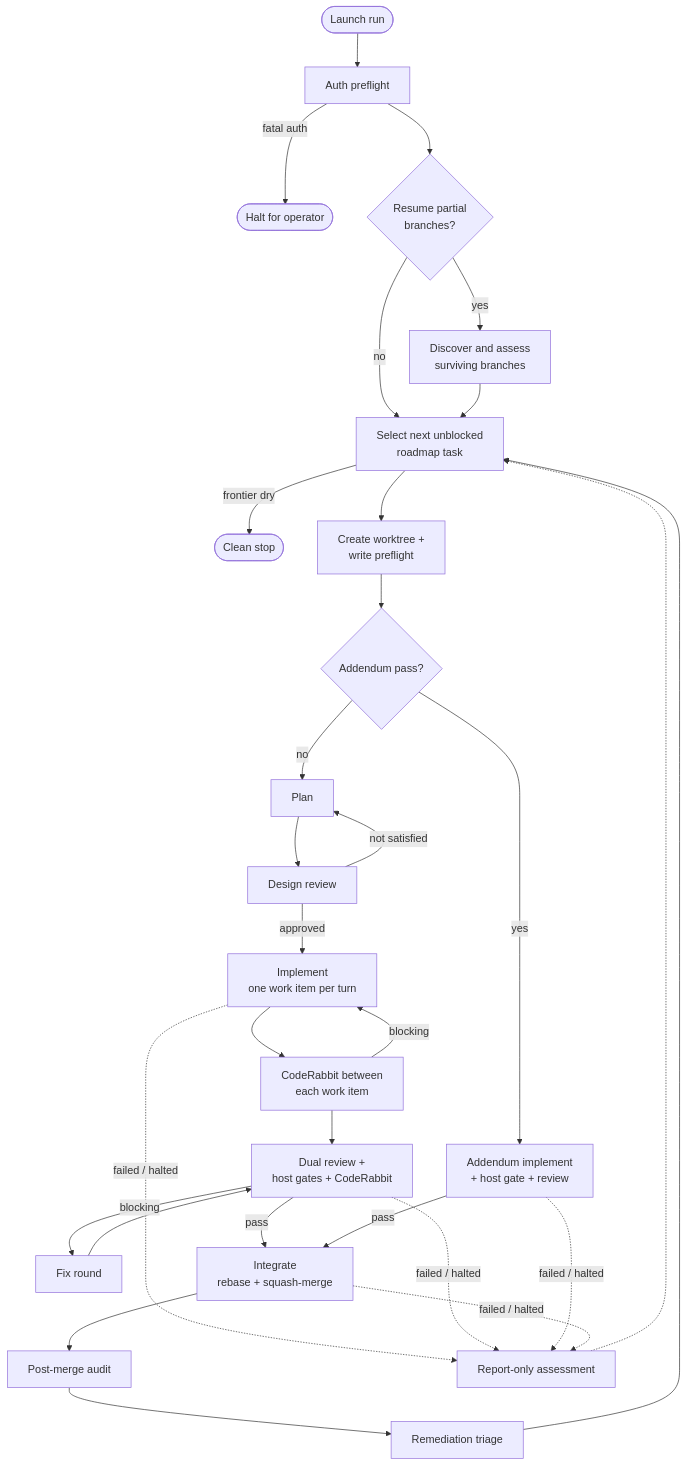
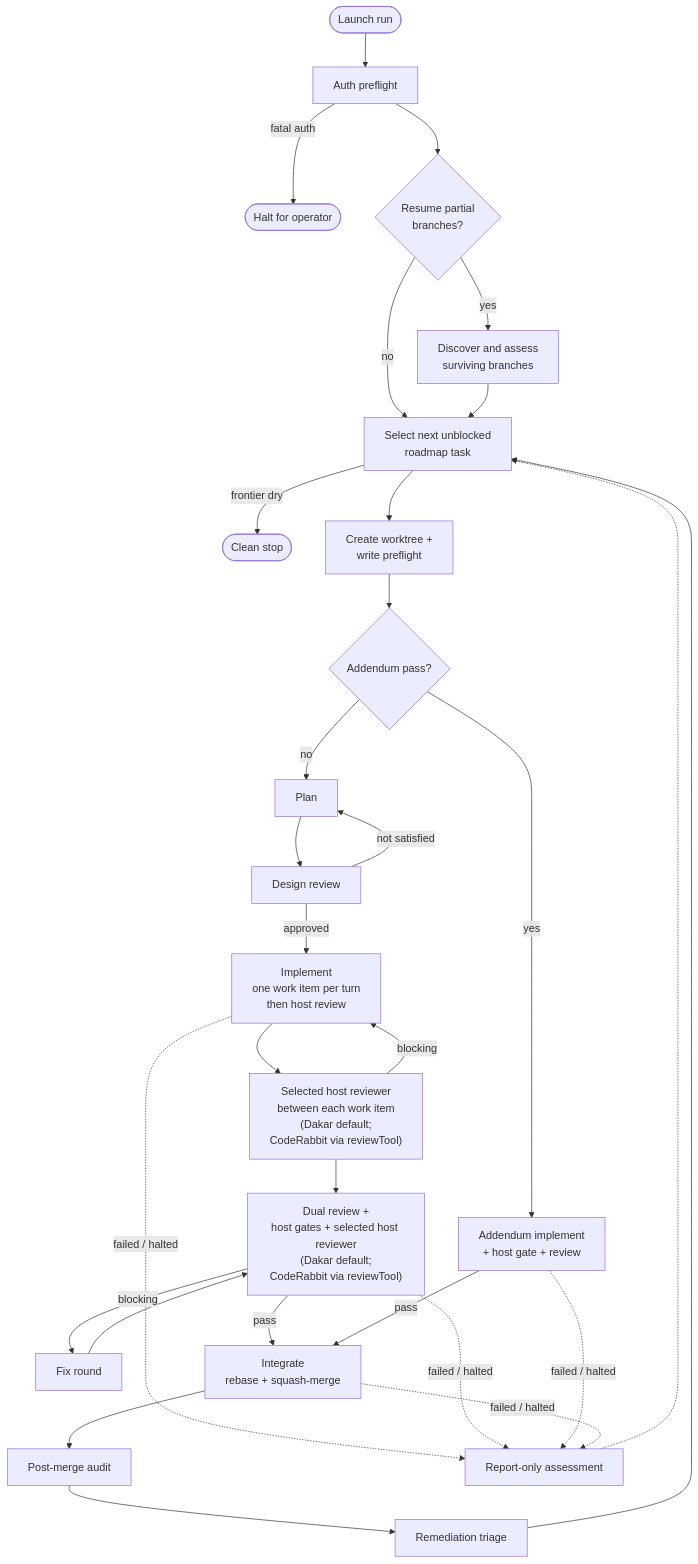
Before and after one commit to leynos/df12-build: the diagram in README.md, drawn with Mermaid. The commit also changed other lines of this file and 52 other files, not shown here.

First line of the commit message:
Adopt Dakar as the default host review gate (#64)

````diff
--- a/README.md
+++ b/README.md
@@ -104,36 +107,36 @@
 ```mermaid
 flowchart TD
     start([Launch run]) --> auth[Auth preflight]
     auth -->|fatal auth| halt([Halt for operator])
     auth --> recovery{Resume partial<br/>branches?}
     recovery -->|yes| assessBranches[Discover and assess<br/>surviving branches]
     recovery -->|no| select
     assessBranches --> select[Select next unblocked<br/>roadmap task]
     select -->|frontier dry| done([Clean stop])
     select --> worktree[Create worktree +<br/>write preflight]
     worktree --> lane{Addendum pass?}
 
     lane -->|no| plan[Plan]
     plan --> design[Design review]
     design -->|not satisfied| plan
-    design -->|approved| build[Implement<br/>one work item per turn]
-    build --> between[CodeRabbit between<br/>each work item]
+    design -->|approved| build[Implement<br/>one work item per turn<br/>then host review]
+    build --> between["Selected host reviewer<br/>between each work item<br/>(Dakar default;<br/>CodeRabbit via reviewTool)"]
     between -->|blocking| build
-    between --> review[Dual review +<br/>host gates + CodeRabbit]
+    between --> review["Dual review +<br/>host gates + selected host reviewer<br/>(Dakar default;<br/>CodeRabbit via reviewTool)"]
     review -->|blocking| fix[Fix round]
     fix --> review
 
     lane -->|yes| addendum[Addendum implement<br/>+ host gate + review]
 
     review -->|pass| integrate[Integrate<br/>rebase + squash-merge]
     addendum -->|pass| integrate
     integrate --> audit[Post-merge audit]
     audit --> triage[Remediation triage]
     triage --> select
 
     build -.->|failed / halted| assess[Report-only assessment]
     review -.->|failed / halted| assess
     addendum -.->|failed / halted| assess
     integrate -.->|failed / halted| assess
     assess -.-> select
 ```
````
